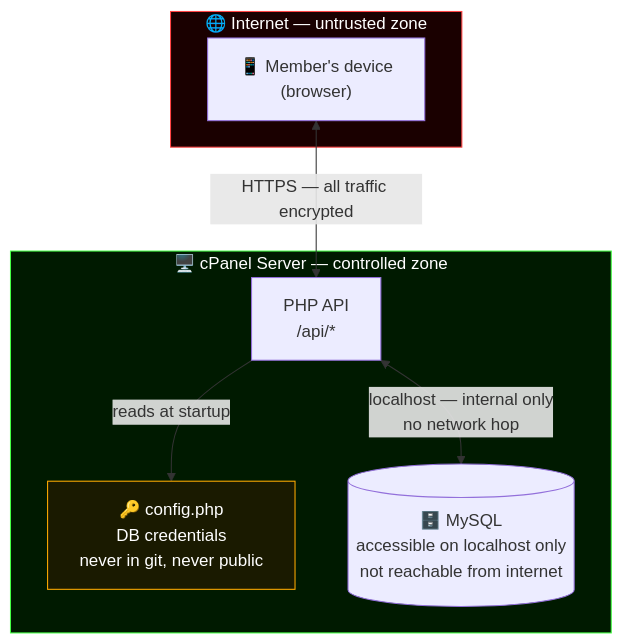
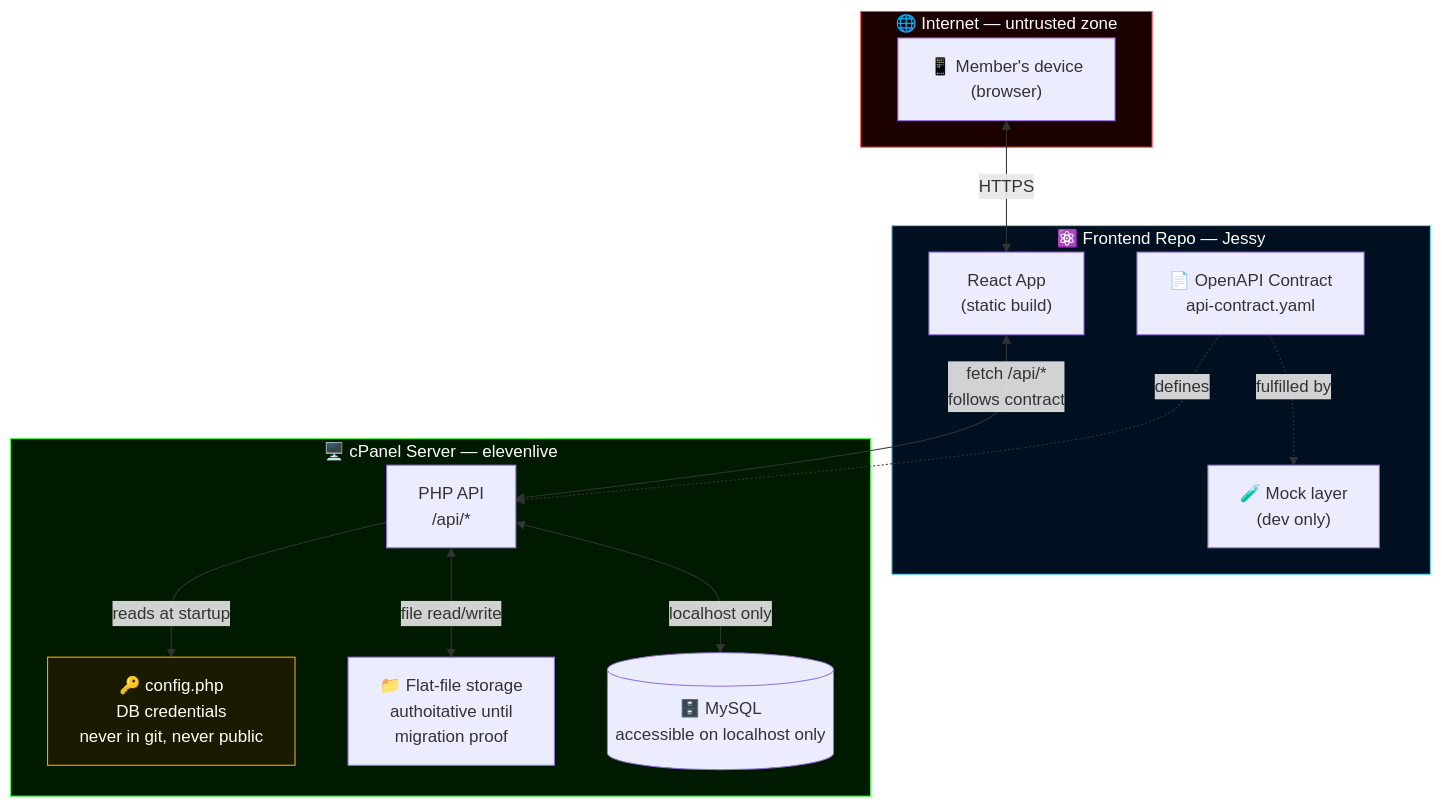
Before and after one commit to realMoebius/sonneark-prototype: the first of 3 diagrams in docs/architecture.md, drawn with Mermaid. The commit also changed other lines of this file and 2 other files, not shown here.

First line of the commit message:
docs: restructure architecture and roadmap, add API contract

````diff
--- a/docs/architecture.md
+++ b/docs/architecture.md
@@ -33,20 +52,32 @@
 ```mermaid
 graph TD
     subgraph Internet["🌐 Internet — untrusted zone"]
         Browser["📱 Member's device\n(browser)"]
     end
 
-    subgraph Server["🖥️ cPanel Server — controlled zone"]
+    subgraph Frontend["⚛️ Frontend Repo — Jessy"]
+        React["React App\n(static build)"]
+        Contract["📄 OpenAPI Contract\napi-contract.yaml"]
+        Mocks["🧪 Mock layer\n(dev only)"]
+    end
+
+    subgraph Server["🖥️ cPanel Server — elevenlive"]
         PHP["PHP API\n/api/*"]
         Config["🔑 config.php\nDB credentials\nnever in git, never public"]
-        MySQL[("🗄️ MySQL\naccessible on localhost only\nnot reachable from internet")]
+        FlatFiles["📁 Flat-file storage\nauthoitative until\nmigration proof"]
+        MySQL[("🗄️ MySQL\naccessible on localhost only")]
     end
 
-    Browser <-->|"HTTPS — all traffic encrypted"| PHP
+    Browser <-->|"HTTPS"| React
+    React <-->|"fetch /api/*\nfollows contract"| PHP
     PHP -->|reads at startup| Config
-    PHP <-->|"localhost — internal only\nno network hop"| MySQL
+    PHP <-->|"localhost only"| MySQL
+    PHP <-->|file read/write| FlatFiles
+    Contract -.->|defines| PHP
+    Contract -.->|fulfilled by| Mocks
 
     style Internet fill:#1a0000,stroke:#ff4444,color:#fff
+    style Frontend fill:#001020,stroke:#61dafb,color:#fff
     style Server fill:#001a00,stroke:#44ff44,color:#fff
     style Config fill:#1a1a00,stroke:#ffaa00,color:#fff
 ```
````
